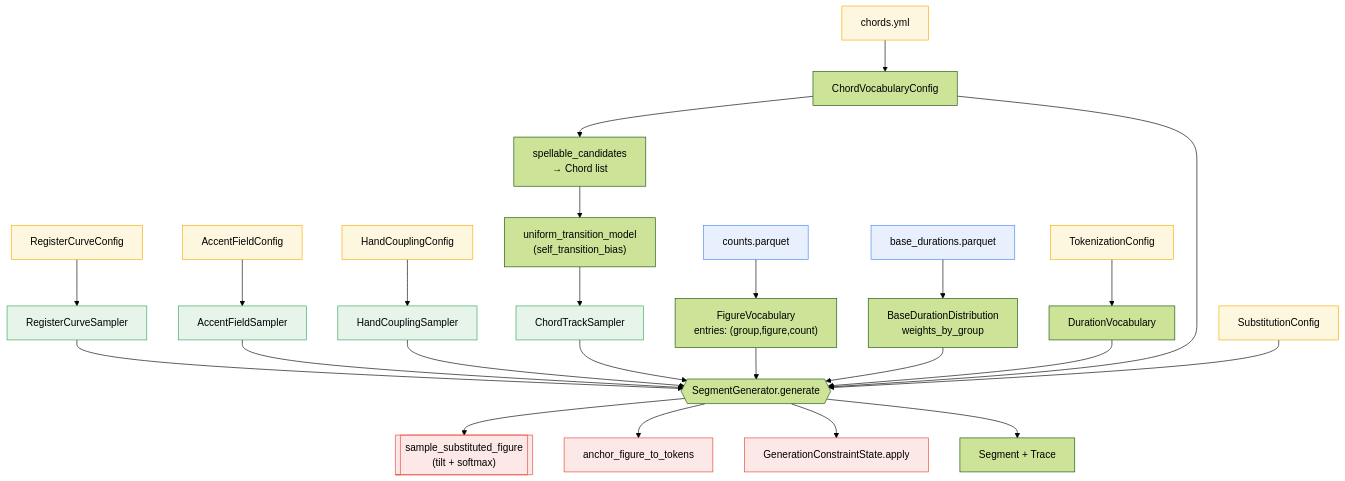
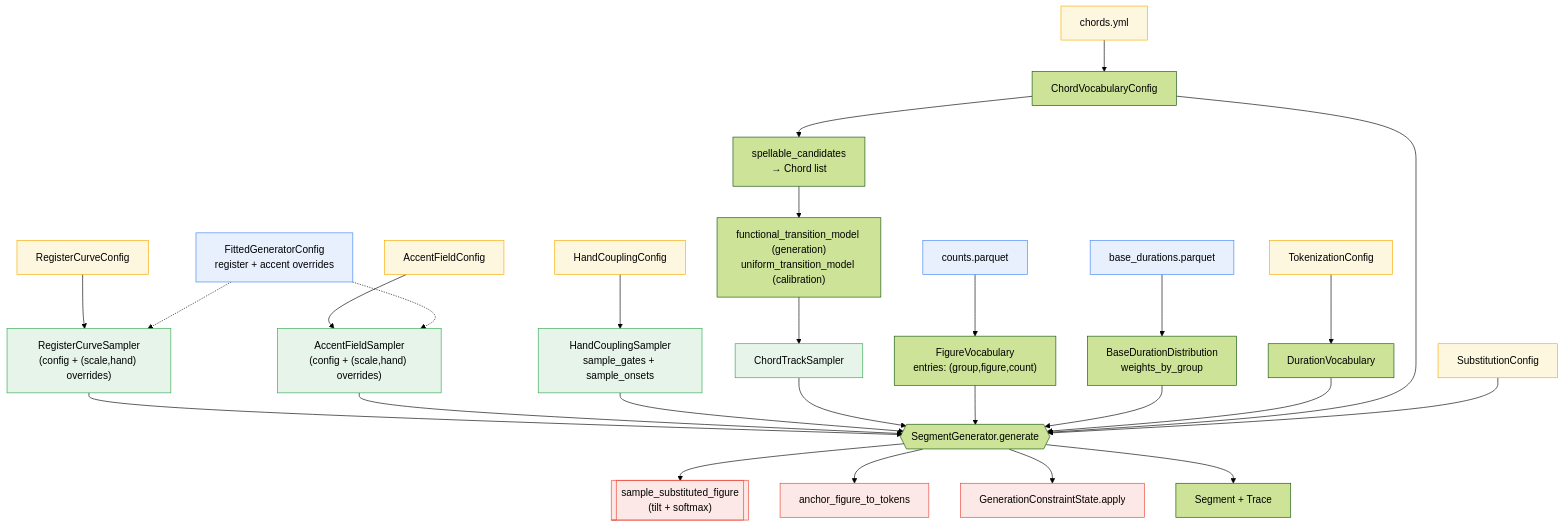
The third of 7 diagrams in docs/generator-model.md (JakimPL/Musak), drawn with Mermaid (forest theme) before and after one commit. The commit also changed other lines of this file and 6 other files, not shown here.

````diff
--- a/docs/generator-model.md
+++ b/docs/generator-model.md
@@ -86,43 +102,46 @@
 ```mermaid
 flowchart TB
   classDef db fill:#e8f0fe,stroke:#4285f4;
   classDef cfg fill:#fef7e0,stroke:#f9ab00;
   classDef proc fill:#e6f4ea,stroke:#34a853;
   classDef sub fill:#fce8e6,stroke:#ea4335;
 
   counts["counts.parquet"]:::db
   bdur["base_durations.parquet"]:::db
+  fitted["FittedGeneratorConfig<br/>register + accent overrides"]:::db
   chordsYml["chords.yml"]:::cfg
   rcCfg["RegisterCurveConfig"]:::cfg
   afCfg["AccentFieldConfig"]:::cfg
   hcCfg["HandCouplingConfig"]:::cfg
   subCfg["SubstitutionConfig"]:::cfg
   tokCfg["TokenizationConfig"]:::cfg
 
   counts --> FV["FigureVocabulary<br/>entries: (group,figure,count)"]
   bdur --> BD["BaseDurationDistribution<br/>weights_by_group"]
   tokCfg --> DV["DurationVocabulary"]
   chordsYml --> CV["ChordVocabularyConfig"]
   CV --> CH["spellable_candidates<br/>→ Chord list"]
-  CH --> UTM["uniform_transition_model<br/>(self_transition_bias)"]
+  CH --> TM["functional_transition_model (generation)<br/>uniform_transition_model (calibration)"]
 
-  rcCfg --> RCS["RegisterCurveSampler"]:::proc
-  afCfg --> AFS["AccentFieldSampler"]:::proc
-  hcCfg --> HCS["HandCouplingSampler"]:::proc
-  UTM --> CTS["ChordTrackSampler"]:::proc
+  rcCfg --> RCS["RegisterCurveSampler<br/>(config + (scale,hand) overrides)"]:::proc
+  afCfg --> AFS["AccentFieldSampler<br/>(config + (scale,hand) overrides)"]:::proc
+  fitted -.-> RCS
+  fitted -.-> AFS
+  hcCfg --> HCS["HandCouplingSampler<br/>sample_gates + sample_onsets"]:::proc
+  TM --> CTS["ChordTrackSampler"]:::proc
 
   RCS --> GEN{{"SegmentGenerator.generate"}}
   AFS --> GEN
   HCS --> GEN
   CTS --> GEN
   FV --> GEN
   BD --> GEN
   DV --> GEN
   CV --> GEN
   subCfg --> GEN
 
   GEN --> SS[["sample_substituted_figure<br/>(tilt + softmax)"]]:::sub
   GEN --> EM["anchor_figure_to_tokens"]:::sub
   GEN --> GS["GenerationConstraintState.apply"]:::sub
   GEN --> RES["Segment + Trace"]
 ```
````
